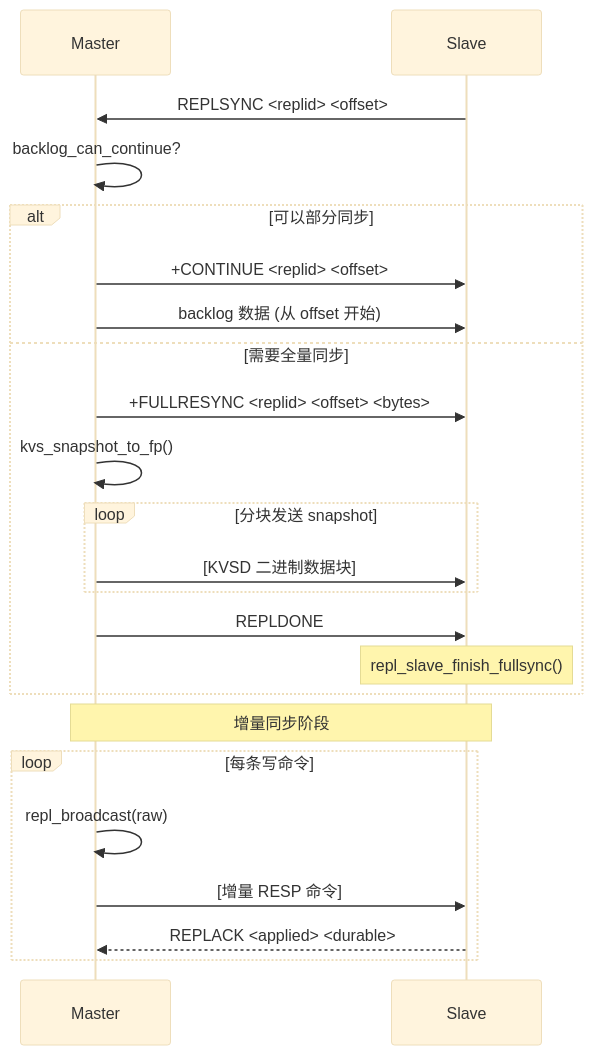
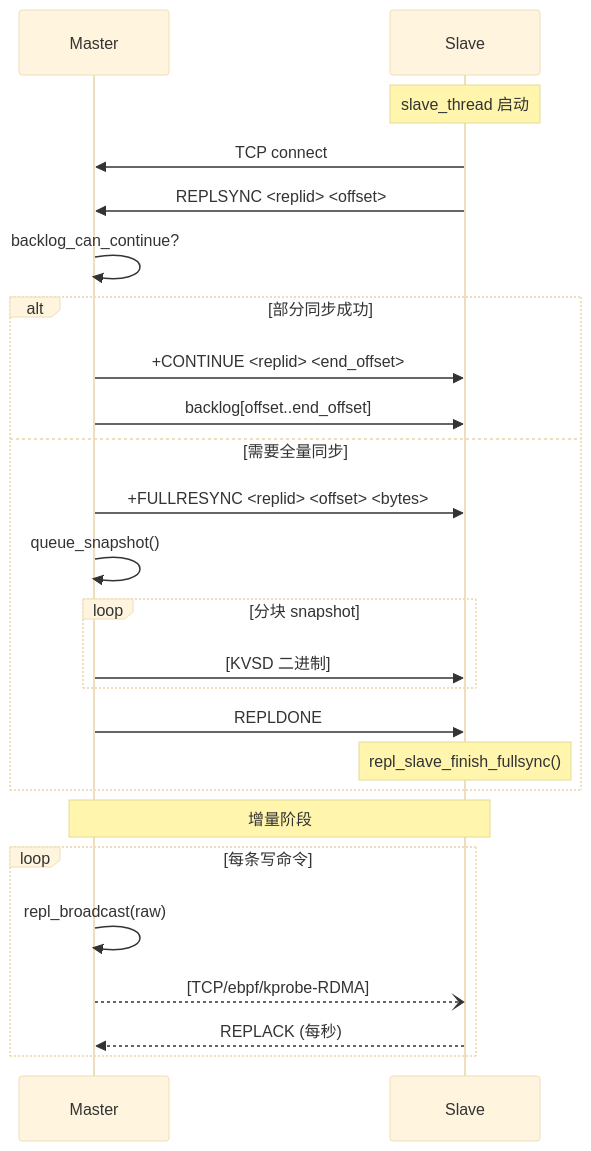
The ninth of 10 diagrams in README.md (robotlover-1/kvstore), drawn with Mermaid (base theme) before and after one commit. The commit also changed other lines of this file, not shown here.

````diff
--- a/README.md
+++ b/README.md
@@ -1078,26 +1079,30 @@
 ```mermaid
 sequenceDiagram
     participant M as Master
     participant S as Slave
 
+    Note over S: slave_thread 启动
+    S->>M: TCP connect
     S->>M: REPLSYNC <replid> <offset>
     M->>M: backlog_can_continue?
-    alt 可以部分同步
-        M->>S: +CONTINUE <replid> <offset>
-        M->>S: backlog 数据 (从 offset 开始)
+
+    alt 部分同步成功
+        M->>S: +CONTINUE <replid> <end_offset>
+        M->>S: backlog[offset..end_offset]
     else 需要全量同步
         M->>S: +FULLRESYNC <replid> <offset> <bytes>
-        M->>M: kvs_snapshot_to_fp()
-        loop 分块发送 snapshot
-            M->>S: [KVSD 二进制数据块]
+        M->>M: queue_snapshot()
+        loop 分块 snapshot
+            M->>S: [KVSD 二进制]
         end
         M->>S: REPLDONE
         Note over S: repl_slave_finish_fullsync()
     end
-    Note over M,S: 增量同步阶段
+
+    Note over M,S: 增量阶段
     loop 每条写命令
         M->>M: repl_broadcast(raw)
-        M->>S: [增量 RESP 命令]
-        S-->>M: REPLACK <applied> <durable>
+        M--)S: [TCP/ebpf/kprobe-RDMA]
+        S-->>M: REPLACK (每秒)
     end
 ```
````
